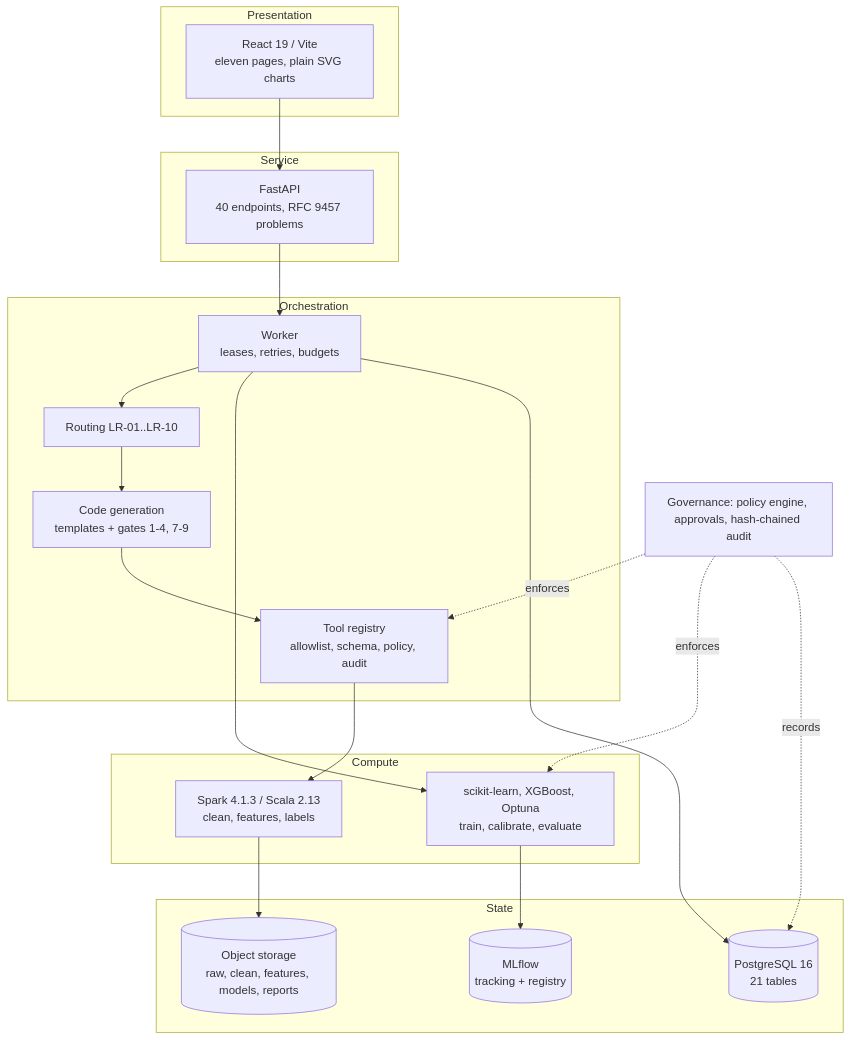
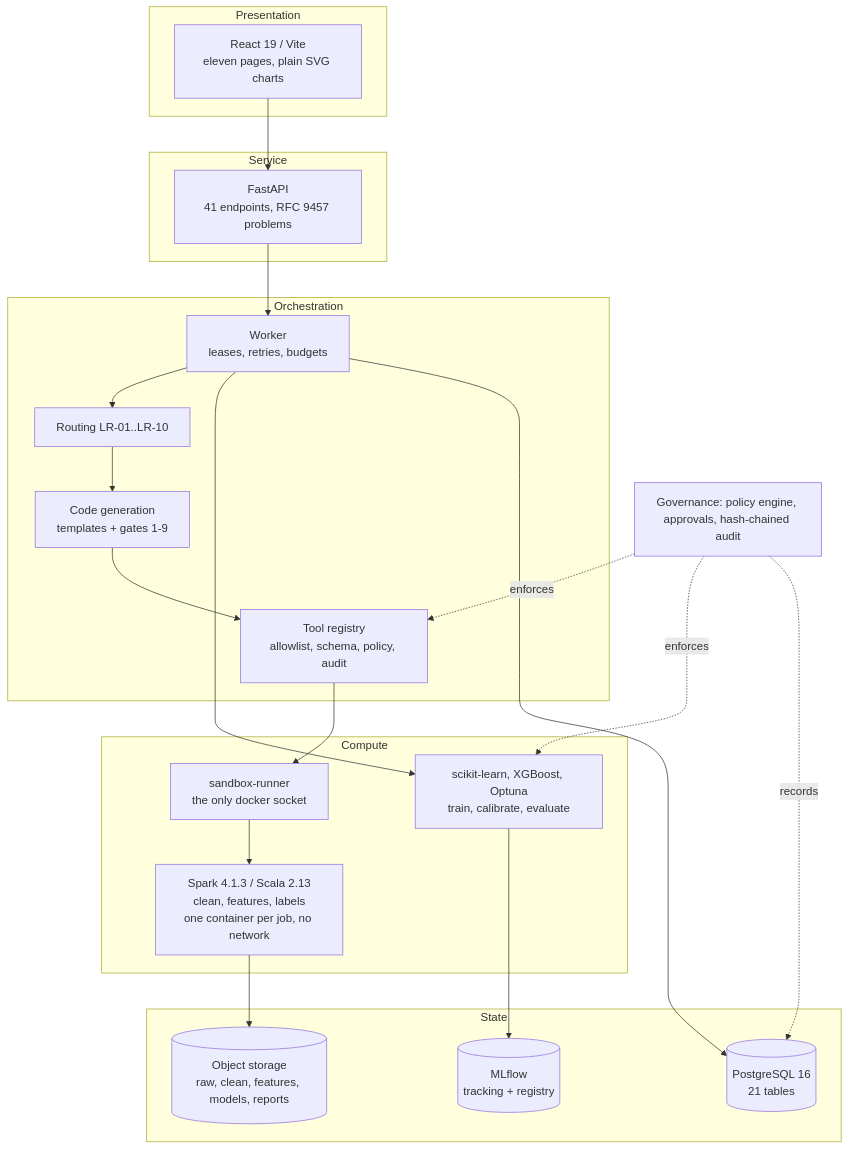
One commit to prit-in/TRIAD changed the first of 2 diagrams in docs/architecture/README.md. Above: the diagram before and after it, drawn with Mermaid. The commit also changed other lines of this file and 21 other files, not shown here.

````diff
--- a/docs/architecture/README.md
+++ b/docs/architecture/README.md
@@ -15,35 +15,36 @@
 ```mermaid
 flowchart TB
   subgraph UI[Presentation]
     FE[React 19 / Vite<br/>eleven pages, plain SVG charts]
   end
   subgraph API[Service]
-    FA[FastAPI<br/>40 endpoints, RFC 9457 problems]
+    FA[FastAPI<br/>41 endpoints, RFC 9457 problems]
   end
   subgraph ORCH[Orchestration]
     W[Worker<br/>leases, retries, budgets]
     R[Routing LR-01..LR-10]
-    CG[Code generation<br/>templates + gates 1-4, 7-9]
+    CG[Code generation<br/>templates + gates 1-9]
     TR[Tool registry<br/>allowlist, schema, policy, audit]
   end
   subgraph COMPUTE[Compute]
-    SP[Spark 4.1.3 / Scala 2.13<br/>clean, features, labels]
+    SR[sandbox-runner<br/>the only docker socket]
+    SP[Spark 4.1.3 / Scala 2.13<br/>clean, features, labels<br/>one container per job, no network]
     ML[scikit-learn, XGBoost, Optuna<br/>train, calibrate, evaluate]
   end
   subgraph STORE[State]
     PG[(PostgreSQL 16<br/>21 tables)]
     FS[(Object storage<br/>raw, clean, features, models, reports)]
     MLF[(MLflow<br/>tracking + registry)]
   end
   GOV[Governance: policy engine, approvals, hash-chained audit]
 
   FE --> FA --> W
-  W --> R --> CG --> TR --> SP
+  W --> R --> CG --> TR --> SR --> SP
   W --> ML
   SP --> FS
   ML --> MLF
   W --> PG
   GOV -.enforces.-> TR
   GOV -.enforces.-> ML
   GOV -.records.-> PG
 ```
````
